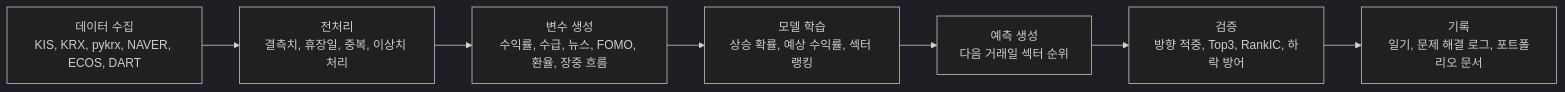
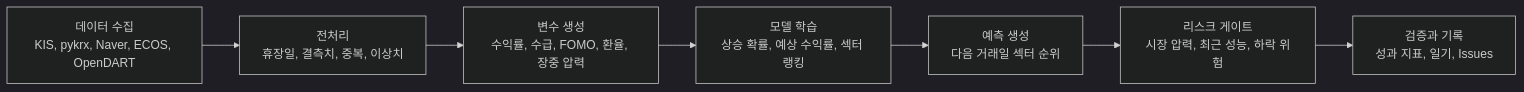
Before and after one commit to HCG0313/part-prediction: the diagram in README.md, drawn with Mermaid (dark theme). The commit also changed other lines of this file, not shown here.

````diff
--- a/README.md
+++ b/README.md
@@ -40,9 +68,9 @@
 ```mermaid
 flowchart LR
-    A["데이터 수집<br/>KIS, KRX, pykrx, NAVER, ECOS, DART"] --> B["전처리<br/>결측치, 휴장일, 중복, 이상치 처리"]
-    B --> C["변수 생성<br/>수익률, 수급, 뉴스, FOMO, 환율, 장중 흐름"]
+    A["데이터 수집<br/>KIS, pykrx, Naver, ECOS, OpenDART"] --> B["전처리<br/>휴장일, 결측치, 중복, 이상치"]
+    B --> C["변수 생성<br/>수익률, 수급, FOMO, 환율, 장중 압력"]
     C --> D["모델 학습<br/>상승 확률, 예상 수익률, 섹터 랭킹"]
     D --> E["예측 생성<br/>다음 거래일 섹터 순위"]
-    E --> F["검증<br/>방향 적중, Top3, RankIC, 하락 방어"]
-    F --> G["기록<br/>일기, 문제 해결 로그, 포트폴리오 문서"]
+    E --> F["리스크 게이트<br/>시장 압력, 최근 성능, 하락 위험"]
+    F --> G["검증과 기록<br/>성과 지표, 일기, Issues"]
 ```
````
